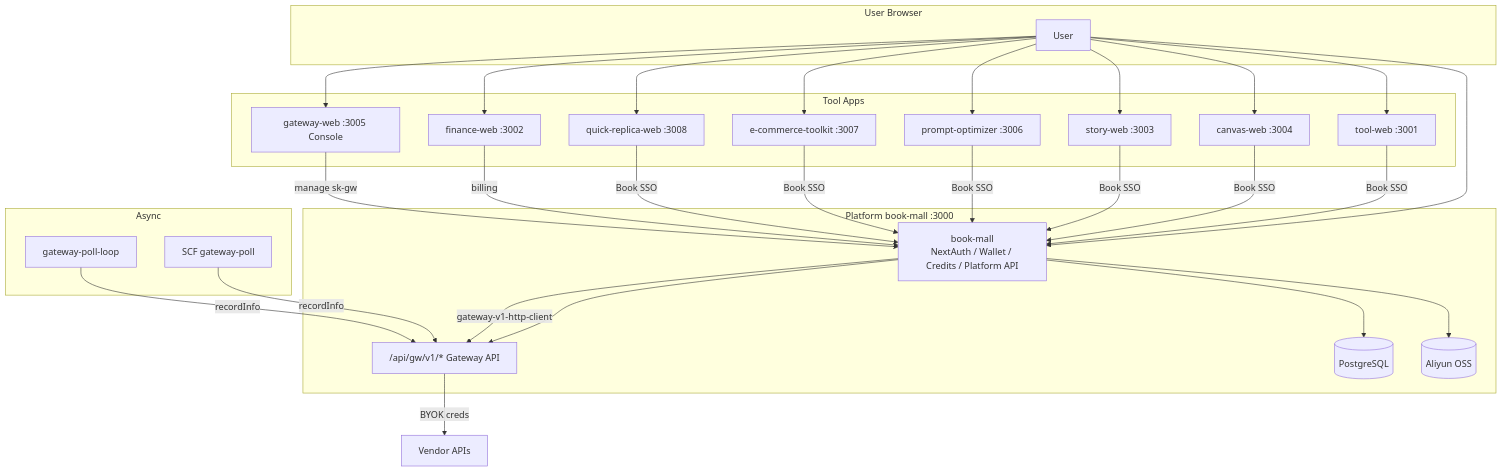
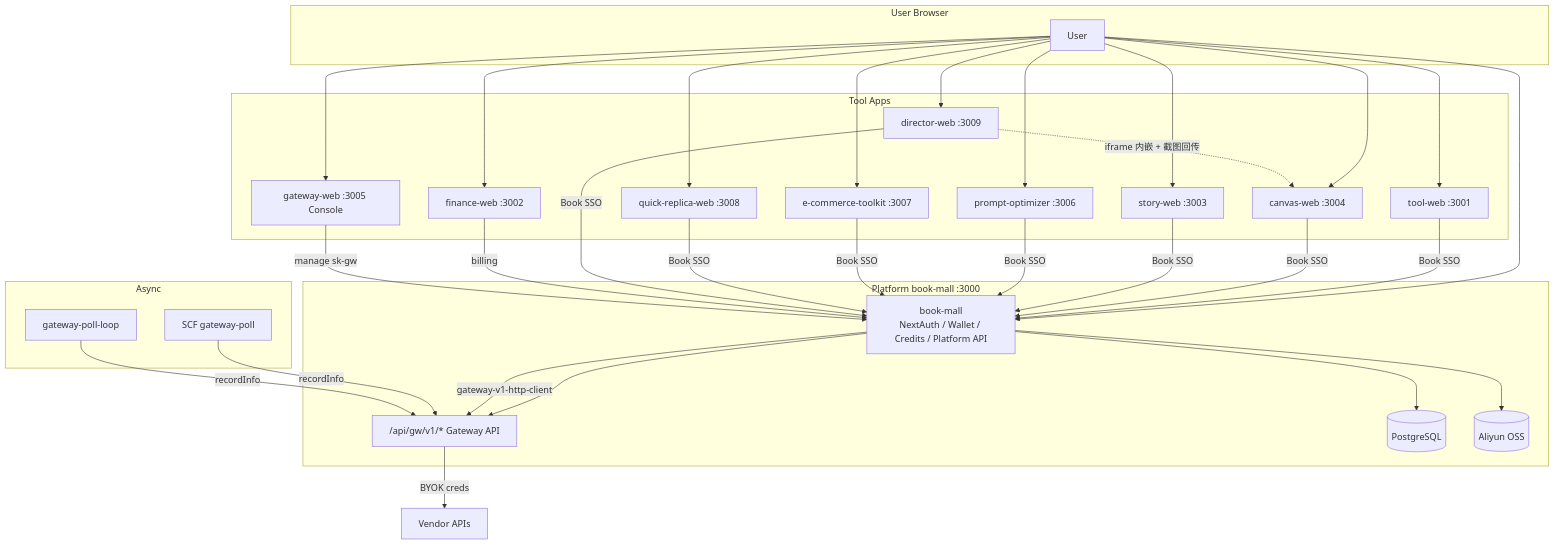
Before and after one commit to priceLiu/book-mall: the first of 2 diagrams in docs/全站架构图与配置表.md, drawn with Mermaid. The commit also changed other lines of this file and 150 other files, not shown here.

````diff
--- a/docs/全站架构图与配置表.md
+++ b/docs/全站架构图与配置表.md
@@ -32,43 +32,45 @@
 ```mermaid
 flowchart TB
   subgraph users ["User Browser"]
     U[User]
   end
 
   subgraph platform ["Platform book-mall :3000"]
     BM["book-mall<br/>NextAuth / Wallet / Credits / Platform API"]
     GWAPI["/api/gw/v1/* Gateway API"]
     DB[(PostgreSQL)]
     OSS[(Aliyun OSS)]
     BM --> GWAPI
     BM --> DB
     BM --> OSS
   end
 
   subgraph tools ["Tool Apps"]
     TW[tool-web :3001]
     FW[finance-web :3002]
     SW[story-web :3003]
     CW[canvas-web :3004]
     GWC[gateway-web :3005 Console]
     PO[prompt-optimizer :3006]
     EC[e-commerce-toolkit :3007]
     QR[quick-replica-web :3008]
+    DR[director-web :3009]
   end
 
   subgraph bg ["Async"]
     SCF[SCF gateway-poll]
     POLL[gateway-poll-loop]
   end
 
   VEND[Vendor APIs]
 
   U --> BM
-  U --> TW & FW & SW & CW & GWC & PO & EC & QR
-  TW & CW & SW & PO & EC & QR -->|Book SSO| BM
+  U --> TW & FW & SW & CW & GWC & PO & EC & QR & DR
+  TW & CW & SW & PO & EC & QR & DR -->|Book SSO| BM
+  DR -.->|iframe 内嵌 + 截图回传| CW
   BM -->|gateway-v1-http-client| GWAPI
   GWAPI -->|BYOK creds| VEND
   FW -->|billing| BM
   GWC -->|manage sk-gw| BM
   SCF & POLL -->|recordInfo| GWAPI
 ```
````
